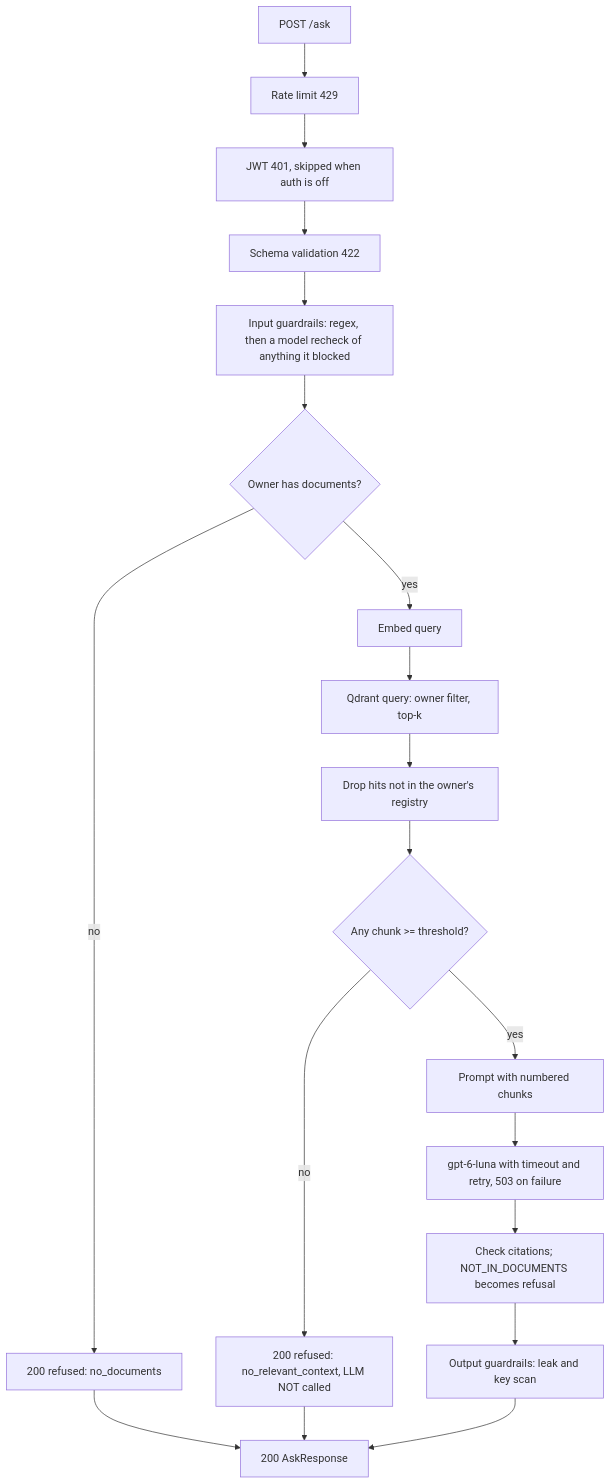
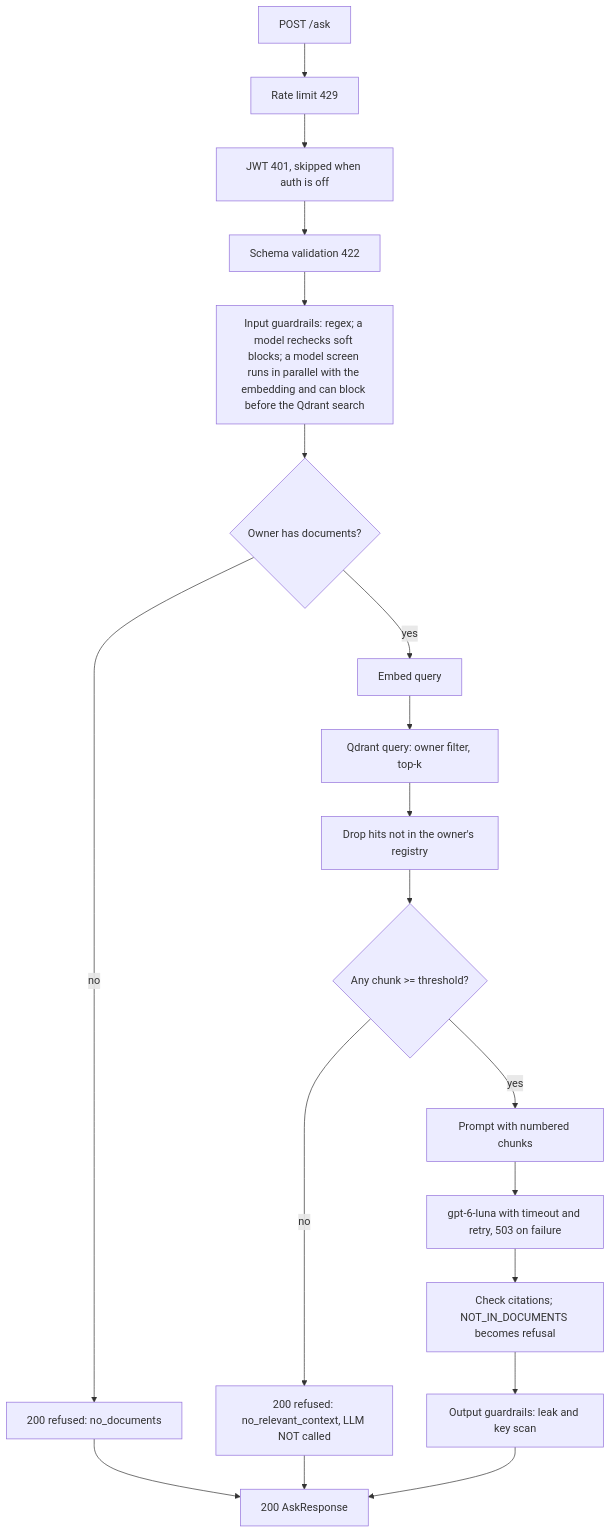
One commit to asadullahdot/Production-RAG-Service__Portfolio-01 changed the first of 2 diagrams in PLAN.md. Above: the diagram before and after it, drawn with Mermaid. The commit also changed other lines of this file and 12 other files, not shown here.

Commit message:
Pre-retrieval model screen (parallel with the embedding, can only block, reasoning off), patterns for the reported attack shapes, effort override for classifier calls

````diff
--- a/PLAN.md
+++ b/PLAN.md
@@ -94,21 +94,21 @@
 ```mermaid
 flowchart TD
   UI[POST /ask] --> RL[Rate limit 429]
   RL --> AU[JWT 401, skipped when auth is off]
   AU --> V[Schema validation 422]
-  V --> IG[Input guardrails: regex, then a model recheck of anything it blocked]
+  V --> IG[Input guardrails: regex; a model rechecks soft blocks; a model screen runs in parallel with the embedding and can block before the Qdrant search]
   IG --> EMPTY{Owner has documents?}
   EMPTY -->|no| R0[200 refused: no_documents]
   EMPTY -->|yes| EQ[Embed query]
   EQ --> VS[Qdrant query: owner filter, top-k]
   VS --> RF[Drop hits not in the owner's registry]
   RF --> TH{Any chunk >= threshold?}
   TH -->|no| R1[200 refused: no_relevant_context, LLM NOT called]
   TH -->|yes| PB[Prompt with numbered chunks]
   PB --> LLM[gpt-6-luna with timeout and retry, 503 on failure]
   LLM --> CC[Check citations; NOT_IN_DOCUMENTS becomes refusal]
   CC --> OG[Output guardrails: leak and key scan]
   OG --> RESP[200 AskResponse]
   R0 --> RESP
   R1 --> RESP
 ```
````
